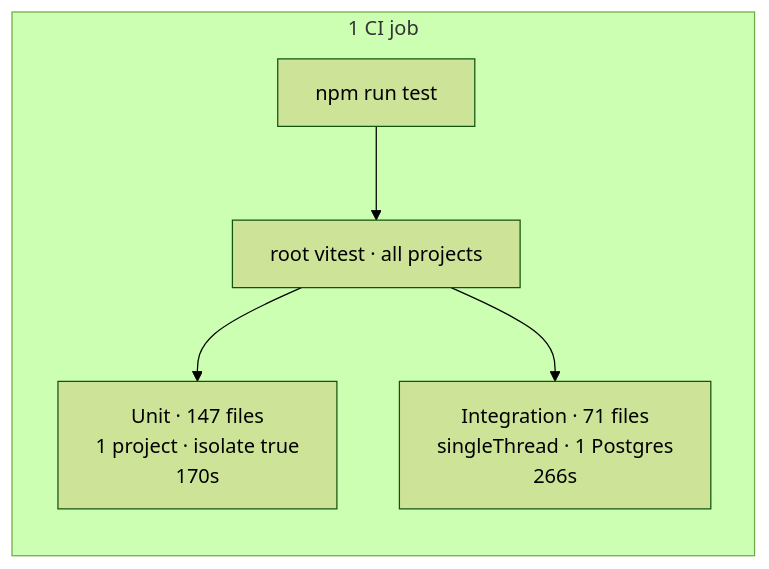
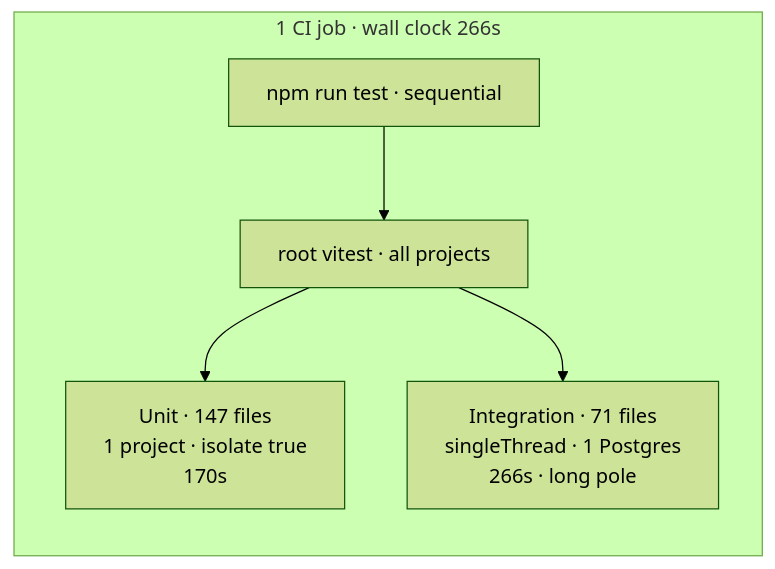
The first of 2 diagrams in docs/blog-speeding-up-vitest-tests.md (opengovsg/plumber), drawn with Mermaid (forest theme) before and after one commit. The commit also changed other lines of this file, not shown here.

````diff
--- a/docs/blog-speeding-up-vitest-tests.md
+++ b/docs/blog-speeding-up-vitest-tests.md
@@ -52,13 +50,13 @@
 ```mermaid
 flowchart TB
-  subgraph ci ["1 CI job"]
+  subgraph ci ["1 CI job · wall clock 266s"]
     direction TB
-    RUN["npm run test"]
+    RUN["npm run test · sequential"]
     ROOT["root vitest · all projects"]
     U["Unit · 147 files\n1 project · isolate true\n170s"]
-    I["Integration · 71 files\nsingleThread · 1 Postgres\n266s"]
+    I["Integration · 71 files\nsingleThread · 1 Postgres\n266s · long pole"]
     RUN --> ROOT
     ROOT --> U
     ROOT --> I
   end
 ```
````
